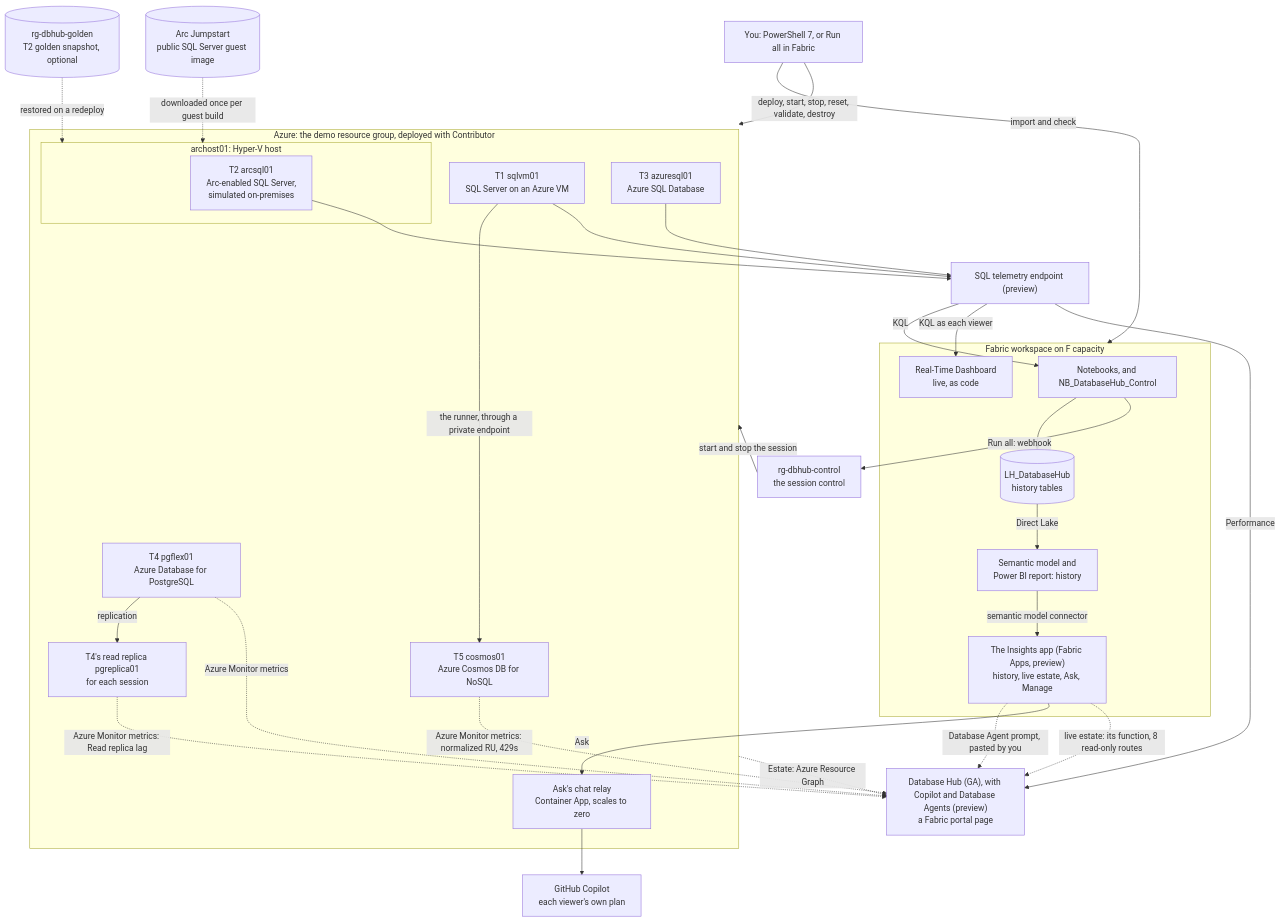
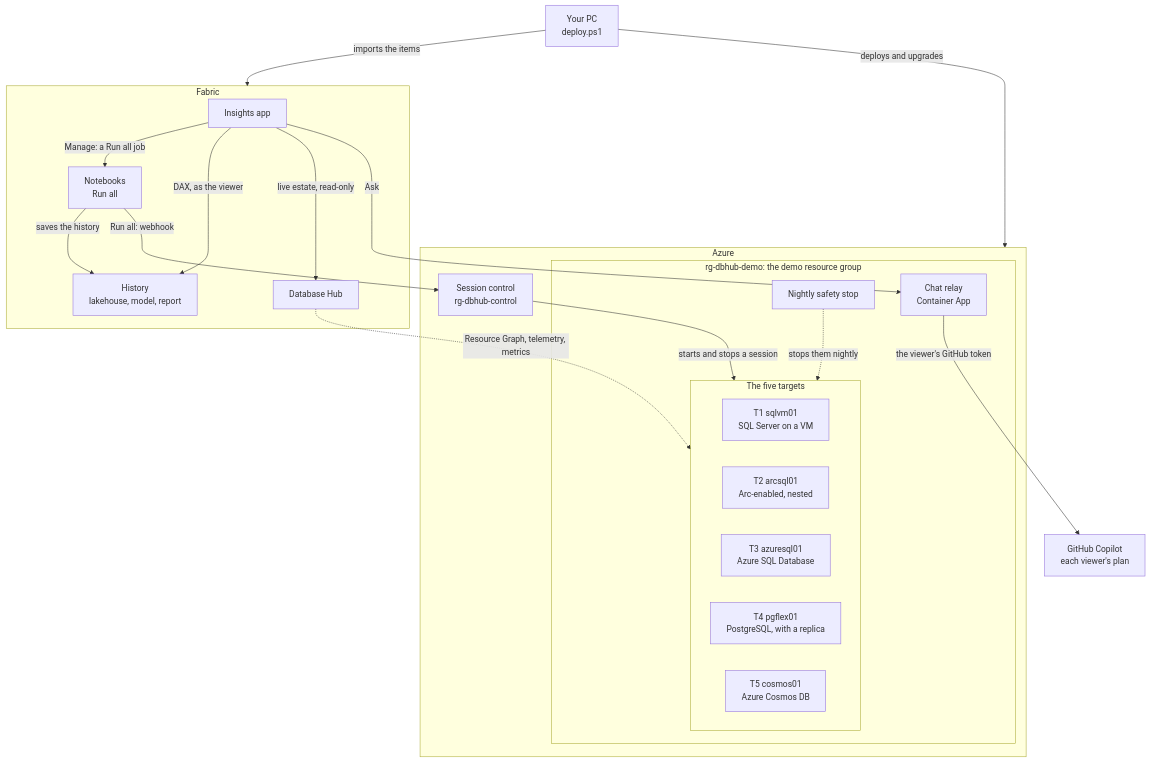
The first of 4 diagrams in docs/architecture.md (MarcBushong/fabric-database-hub-demo), drawn with Mermaid before and after one commit. The commit also changed other lines of this file and 22 other files, not shown here.

````diff
--- a/docs/architecture.md
+++ b/docs/architecture.md
@@ -125,53 +25,37 @@
 ```mermaid
 flowchart TB
-  OP["You: PowerShell 7, or Run all in Fabric"]
-  subgraph RG["Azure: the demo resource group, deployed with Contributor"]
-    T1["T1 sqlvm01<br/>SQL Server on an Azure VM"]
-    subgraph HOST["archost01: Hyper-V host"]
-      T2["T2 arcsql01<br/>Arc-enabled SQL Server,<br/>simulated on-premises"]
+  PC["Your PC<br/>deploy.ps1"]
+  subgraph FAB["Fabric"]
+    APP["Insights app"]
+    NB["Notebooks<br/>Run all"]
+    HIST["History<br/>lakehouse, model, report"]
+    HUB["Database Hub"]
+  end
+  subgraph AZ["Azure"]
+    CTRL["Session control<br/>rg-dbhub-control"]
+    subgraph RG["rg-dbhub-demo: the demo resource group"]
+      SAFE["Nightly safety stop"]
+      RELAY["Chat relay<br/>Container App"]
+      subgraph TGT["The five targets"]
+        T1["T1 sqlvm01<br/>SQL Server on a VM"]
+        T2["T2 arcsql01<br/>Arc-enabled, nested"]
+        T3["T3 azuresql01<br/>Azure SQL Database"]
+        T4["T4 pgflex01<br/>PostgreSQL, with a replica"]
+        T5["T5 cosmos01<br/>Azure Cosmos DB"]
+      end
     end
-    T3["T3 azuresql01<br/>Azure SQL Database"]
-    T4["T4 pgflex01<br/>Azure Database for PostgreSQL"]
-    T4R["T4's read replica pgreplica01<br/>for each session"]
-    T5["T5 cosmos01<br/>Azure Cosmos DB for NoSQL"]
-    RELAY["Ask's chat relay<br/>Container App, scales to zero"]
   end
-  CTRL["rg-dbhub-control<br/>the session control"]
-  GOLD[("rg-dbhub-golden<br/>T2 golden snapshot, optional")]
-  JS[("Arc Jumpstart<br/>public SQL Server guest image")]
-  TEL["SQL telemetry endpoint (preview)"]
-  HUB["Database Hub (GA), with Copilot and Database Agents (preview)<br/>a Fabric portal page"]
-  GHC["GitHub Copilot<br/>each viewer's own plan"]
-  subgraph WS["Fabric workspace on F capacity"]
-    NB["Notebooks, and NB_DatabaseHub_Control"]
-    LH[("LH_DatabaseHub<br/>history tables")]
-    RTD["Real-Time Dashboard<br/>live, as code"]
-    PBI["Semantic model and<br/>Power BI report: history"]
-    APP["The Insights app (Fabric Apps, preview)<br/>history, live estate, Ask, Manage"]
-  end
-  OP -- "deploy, start, stop, reset, validate, destroy" --> RG
-  OP -- "import and check" --> WS
-  NB -- "Run all: webhook" --> CTRL
-  CTRL -- "start and stop the session" --> RG
-  JS -. "downloaded once per guest build" .-> HOST
-  GOLD -. "restored on a redeploy" .-> HOST
-  T1 --> TEL
-  T2 --> TEL
-  T3 --> TEL
-  RG -. "Estate: Azure Resource Graph" .-> HUB
-  TEL -- "Performance" --> HUB
-  T4 -. "Azure Monitor metrics" .-> HUB
-  T4 -- "replication" --> T4R
-  T4R -. "Azure Monitor metrics: Read replica lag" .-> HUB
-  T5 -. "Azure Monitor metrics: normalized RU, 429s" .-> HUB
-  T1 -- "the runner, through a private endpoint" --> T5
-  TEL -- "KQL as each viewer" --> RTD
-  TEL -- "KQL" --> NB
-  NB --> LH
-  LH -- "Direct Lake" --> PBI
-  PBI -- "semantic model connector" --> APP
-  APP -. "live estate: its function, 8 read-only routes" .-> HUB
-  APP -- "Ask" --> RELAY
-  RELAY --> GHC
-  APP -. "Database Agent prompt, pasted by you" .-> HUB
+  GHC["GitHub Copilot<br/>each viewer's plan"]
+  PC -->|"imports the items"| FAB
+  PC -->|"deploys and upgrades"| AZ
+  APP -->|"Manage: a Run all job"| NB
+  APP -->|"DAX, as the viewer"| HIST
+  NB -->|"saves the history"| HIST
+  APP -->|"live estate, read-only"| HUB
+  NB -->|"Run all: webhook"| CTRL
+  CTRL -->|"starts and stops a session"| TGT
+  SAFE -.->|"stops them nightly"| TGT
+  HUB -.->|"Resource Graph, telemetry, metrics"| TGT
+  APP -->|"Ask"| RELAY
+  RELAY -->|"the viewer's GitHub token"| GHC
 ```
````
